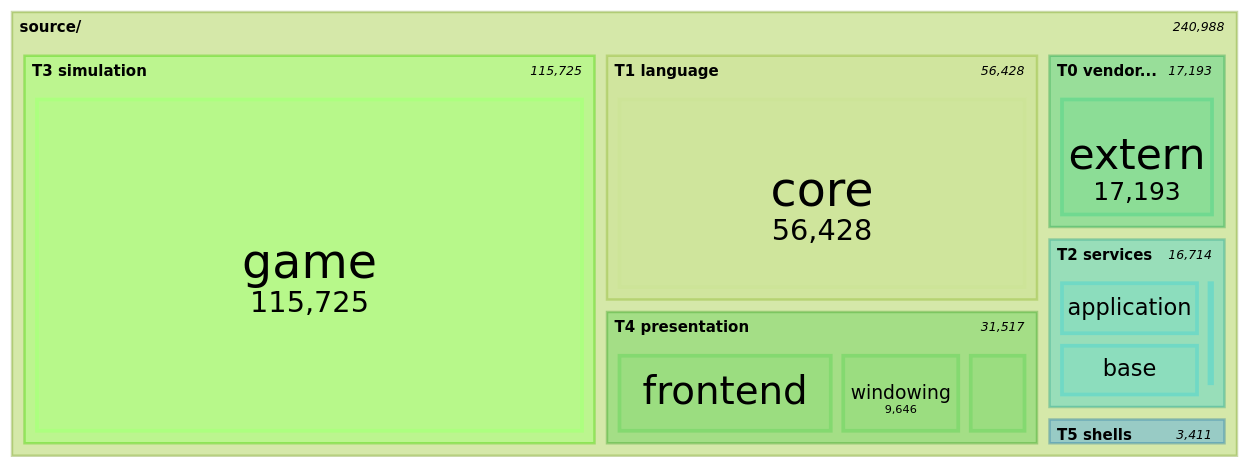
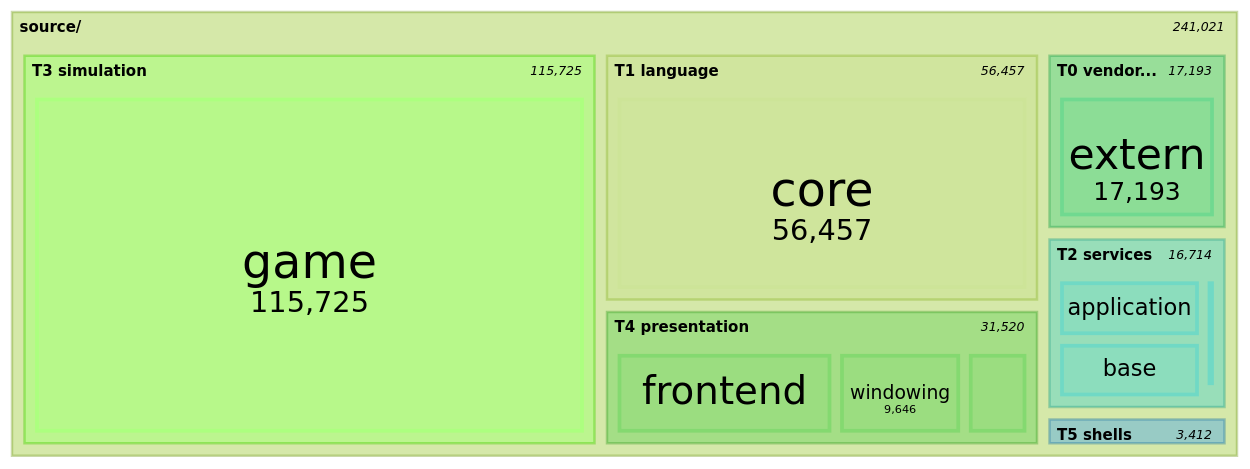
One commit to apnex/OpenStarbound changed the seventh of 11 diagrams in docs/architecture/system-boundaries.md. Above: the diagram before and after it, drawn with Mermaid (forest theme). The commit also changed other lines of this file and 8 other files, not shown here.

````diff
--- a/docs/architecture/system-boundaries.md
+++ b/docs/architecture/system-boundaries.md
@@ -592,22 +592,22 @@
 ```mermaid
 treemap-beta
 "source/"
     "T0 vendored"
         "extern": 17193
     "T1 language"
-        "core": 56428
+        "core": 56457
     "T2 services"
         "application": 7677
         "base": 7472
         "metrics": 1423
         "platform": 142
     "T3 simulation"
         "game": 115725
     "T4 presentation"
-        "frontend": 16863
+        "frontend": 16866
         "windowing": 9646
         "rendering": 5008
     "T5 shells"
-        "client": 2628
+        "client": 2629
         "server": 783
 ```
````
